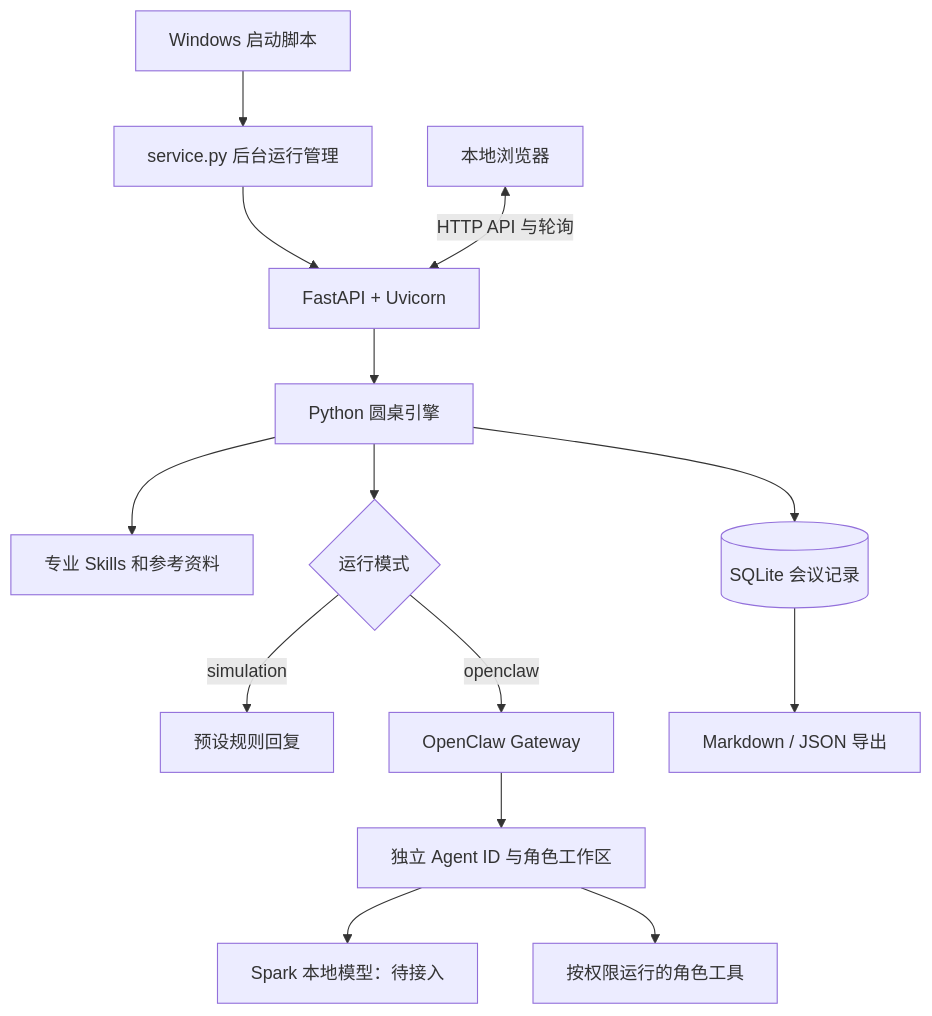
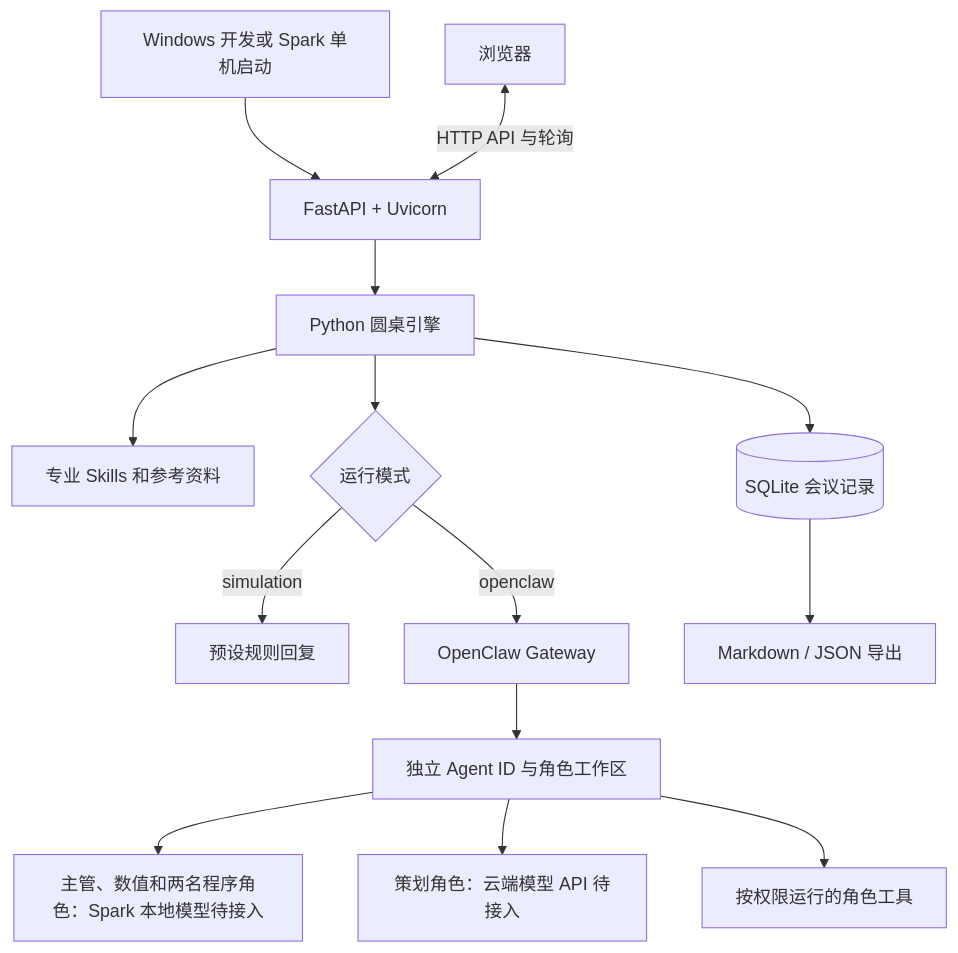
Before and after one commit to NovaDime/DGXSparkCraft: the diagram in 项目说明与使用手册.md, drawn with Mermaid. The commit also changed other lines of this file and 6 other files, not shown here.

````diff
--- a/项目说明与使用手册.md
+++ b/项目说明与使用手册.md
@@ -113,16 +113,16 @@
 ```mermaid
 flowchart TD
-    C[Windows 启动脚本] --> M[service.py 后台运行管理]
-    M --> A[FastAPI + Uvicorn]
-    U[本地浏览器] <-->|HTTP API 与轮询| A
+    C[Windows 开发或 Spark 单机启动] --> A[FastAPI + Uvicorn]
+    U[浏览器] <-->|HTTP API 与轮询| A
     A --> E[Python 圆桌引擎]
     E --> S[专业 Skills 和参考资料]
     E --> D[(SQLite 会议记录)]
     E --> P{运行模式}
     P -->|simulation| F[预设规则回复]
     P -->|openclaw| G[OpenClaw Gateway]
     G --> R[独立 Agent ID 与角色工作区]
-    R --> L[Spark 本地模型：待接入]
+    R --> L[主管、数值和两名程序角色：Spark 本地模型待接入]
+    R --> Q[策划角色：云端模型 API 待接入]
     R --> T[按权限运行的角色工具]
     D --> O[Markdown / JSON 导出]
 ```
````
